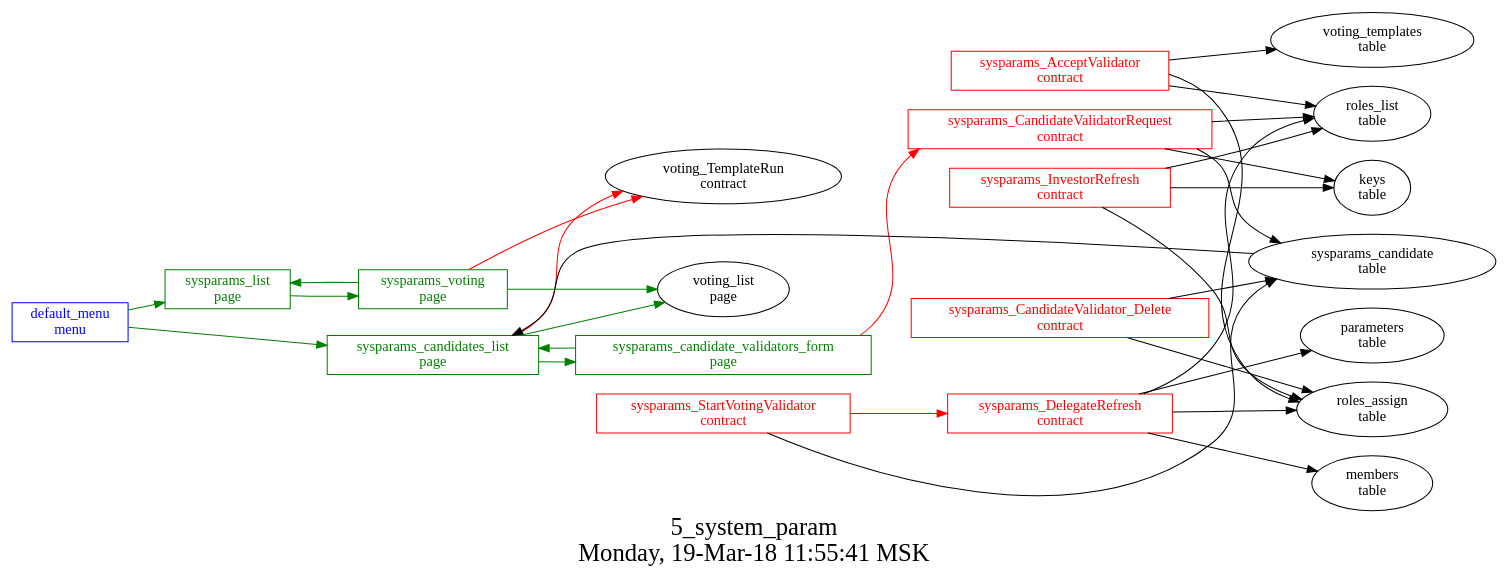
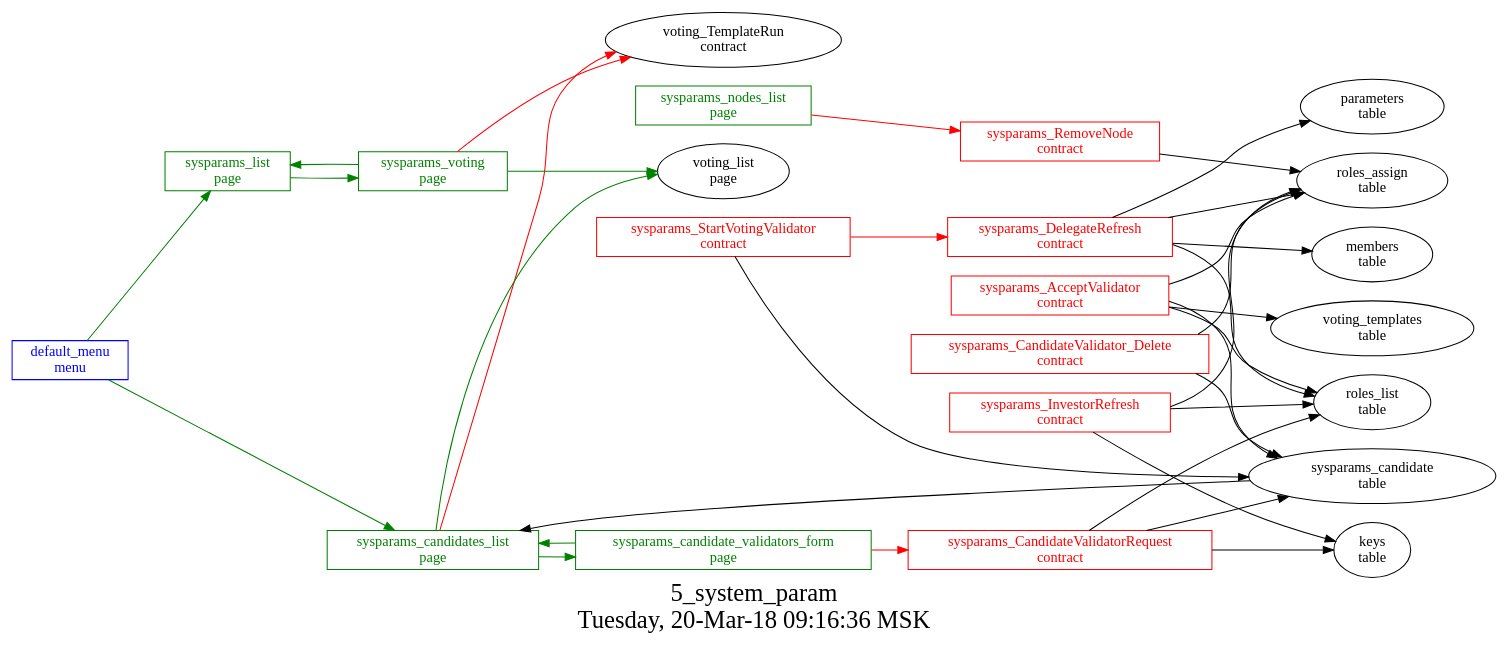
Before and after one commit to AplaProject/apps: the diagram in src/basic/basic_main/5_system_params/struct.dot, drawn with Graphviz. The commit also changed 8 other files, not shown here.

```diff
--- a/src/basic/basic_main/5_system_params/struct.dot
+++ b/src/basic/basic_main/5_system_params/struct.dot
@@ -1,51 +1,56 @@
 digraph G {
 graph [
   fontsize="24";
-  label="5_system_param\nMonday, 19-Mar-18 11:55:41 MSK";
+  label="5_system_param\nTuesday, 20-Mar-18 09:16:36 MSK";
   nojustify=true;
   ordering=out;
   rankdir=LR;
   size="30";
 ];
 "default_menu\nmenu" -> "sysparams_list\npage"  [ color=green ]
 "default_menu\nmenu" -> "sysparams_candidates_list\npage"  [ color=green ]
 "default_menu\nmenu" [color=blue, fontcolor=blue, group=menus, shape=record];
 "sysparams_candidate_validators_form\npage" -> "sysparams_CandidateValidatorRequest\ncontract"  [ color=red ]
 "sysparams_candidate_validators_form\npage" -> "sysparams_candidates_list\npage"  [ color=green ]
 "sysparams_candidate_validators_form\npage" [color=green, fontcolor=green, group=pages, shape=record];
 "sysparams_candidates_list\npage" -> "voting_TemplateRun\ncontract"  [ color=red ]
 "sysparams_candidate\ntable" -> "sysparams_candidates_list\npage"  [ color="" ]
 "sysparams_candidates_list\npage" -> "voting_list\npage"  [ color=green ]
 "sysparams_candidates_list\npage" -> "sysparams_candidate_validators_form\npage"  [ color=green ]
 "sysparams_candidates_list\npage" [color=green, fontcolor=green, group=pages, shape=record];
 "sysparams_list\npage" -> "sysparams_voting\npage"  [ color=green ]
 "sysparams_list\npage" [color=green, fontcolor=green, group=pages, shape=record];
+"sysparams_nodes_list\npage" -> "sysparams_RemoveNode\ncontract"  [ color=red ]
+"sysparams_nodes_list\npage" [color=green, fontcolor=green, group=pages, shape=record];
 "sysparams_voting\npage" -> "voting_TemplateRun\ncontract"  [ color=red ]
 "sysparams_voting\npage" -> "sysparams_list\npage"  [ color=green ]
 "sysparams_voting\npage" -> "voting_list\npage"  [ color=green ]
 "sysparams_voting\npage" [color=green, fontcolor=green, group=pages, shape=record];
 "sysparams_AcceptValidator\ncontract" -> "voting_templates\ntable"  [ color="" ]
+"sysparams_AcceptValidator\ncontract" -> "sysparams_candidate\ntable"  [ color="" ]
+"sysparams_AcceptValidator\ncontract" -> "roles_assign\ntable"  [ color="" ]
 "sysparams_AcceptValidator\ncontract" -> "roles_list\ntable"  [ color="" ]
-"sysparams_AcceptValidator\ncontract" -> "roles_assign\ntable"  [ color="" ]
 "sysparams_AcceptValidator\ncontract" [color=red, fontcolor=red, group=contracts, shape=record];
 "sysparams_CandidateValidatorRequest\ncontract" -> "keys\ntable"  [ color="" ]
 "sysparams_CandidateValidatorRequest\ncontract" -> "roles_list\ntable"  [ color="" ]
 "sysparams_CandidateValidatorRequest\ncontract" -> "sysparams_candidate\ntable"  [ color="" ]
 "sysparams_CandidateValidatorRequest\ncontract" [color=red, fontcolor=red, group=contracts, shape=record];
 "sysparams_CandidateValidator_Delete\ncontract" -> "sysparams_candidate\ntable"  [ color="" ]
 "sysparams_CandidateValidator_Delete\ncontract" -> "roles_assign\ntable"  [ color="" ]
 "sysparams_CandidateValidator_Delete\ncontract" [color=red, fontcolor=red, group=contracts, shape=record];
 "sysparams_DelegateRefresh\ncontract" -> "roles_list\ntable"  [ color="" ]
 "sysparams_DelegateRefresh\ncontract" -> "parameters\ntable"  [ color="" ]
 "sysparams_DelegateRefresh\ncontract" -> "roles_assign\ntable"  [ color="" ]
 "sysparams_DelegateRefresh\ncontract" -> "members\ntable"  [ color="" ]
 "sysparams_DelegateRefresh\ncontract" [color=red, fontcolor=red, group=contracts, shape=record];
 "sysparams_InvestorRefresh\ncontract" -> "roles_list\ntable"  [ color="" ]
 "sysparams_InvestorRefresh\ncontract" -> "keys\ntable"  [ color="" ]
 "sysparams_InvestorRefresh\ncontract" -> "roles_assign\ntable"  [ color="" ]
 "sysparams_InvestorRefresh\ncontract" [color=red, fontcolor=red, group=contracts, shape=record];
+"sysparams_RemoveNode\ncontract" -> "roles_assign\ntable"  [ color="" ]
+"sysparams_RemoveNode\ncontract" [color=red, fontcolor=red, group=contracts, shape=record];
 "sysparams_StartVotingValidator\ncontract" -> "sysparams_DelegateRefresh\ncontract"  [ color=red ]
 "sysparams_StartVotingValidator\ncontract" -> "sysparams_candidate\ntable"  [ color="" ]
 "sysparams_StartVotingValidator\ncontract" [color=red, fontcolor=red, group=contracts, shape=record];
 "sysparams_candidate\ntable" [color="", fontcolor="", group=tables, shape=""];
 }
```
